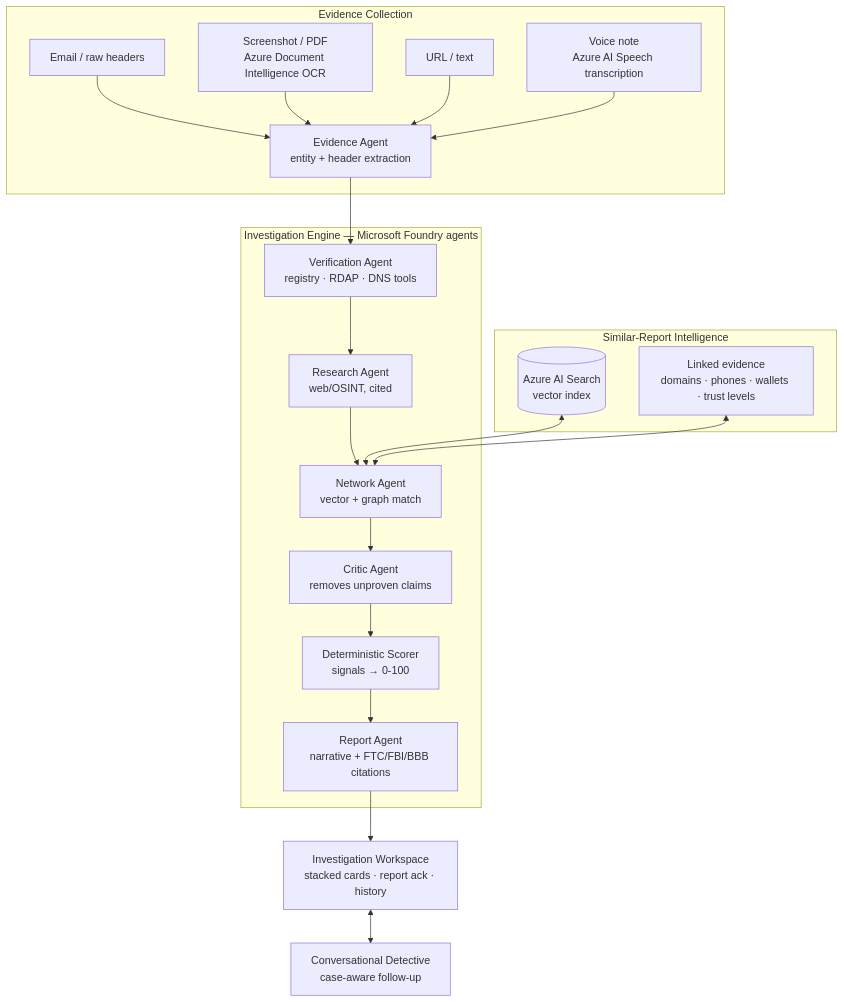
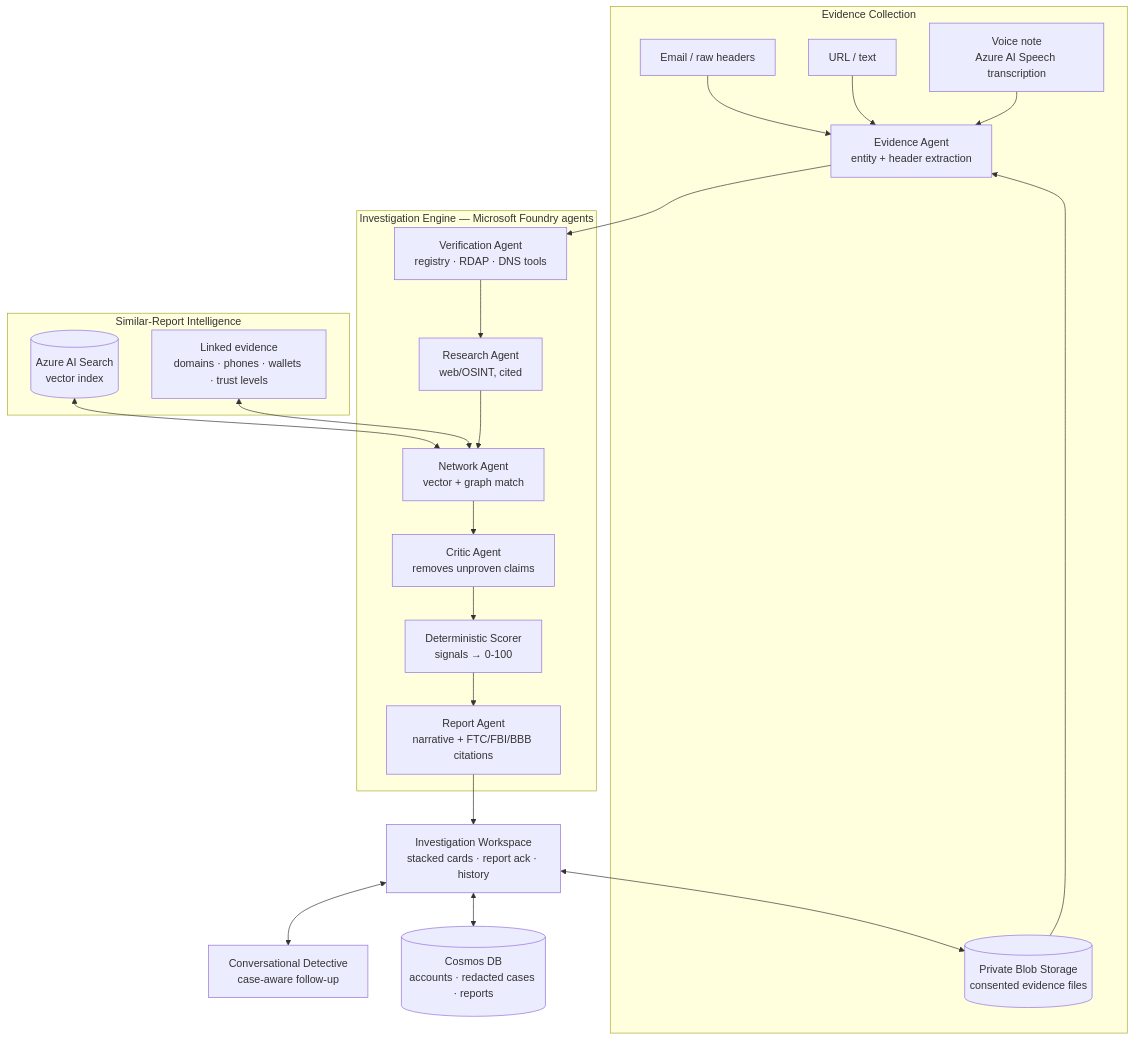
One commit to mrlucas679/verify-my-interview changed the diagram in README.md. Above: the diagram before and after it, drawn with Mermaid. The commit also changed other lines of this file and 32 other files, not shown here.

Commit message:
Document auth, history, and evidence retention settings

````diff
--- a/README.md
+++ b/README.md
@@ -36,24 +37,26 @@
 ```mermaid
 flowchart TB
   subgraph Intake["Evidence Collection"]
     A[Email / raw headers] --> P
     B[Screenshot / PDF<br/>Azure Document Intelligence OCR] --> P
     C[URL / text] --> P
     VN[Voice note<br/>Azure AI Speech transcription] --> P
   end
   P[Evidence Agent<br/>entity + header extraction]
   subgraph Engine["Investigation Engine — Microsoft Foundry agents"]
     P --> V[Verification Agent<br/>registry · RDAP · DNS tools]
     V --> R[Research Agent<br/>web/OSINT, cited]
     R --> N[Network Agent<br/>vector + graph match]
     N --> K[Critic Agent<br/>removes unproven claims]
     K --> S[Deterministic Scorer<br/>signals → 0-100]
     S --> W[Report Agent<br/>narrative + FTC/FBI/BBB citations]
   end
   subgraph Intel["Similar-Report Intelligence"]
     X[(Azure AI Search<br/>vector index)] <--> N
     G[Linked evidence<br/>domains · phones · wallets · trust levels] <--> N
   end
-  W --> UI[Investigation Workspace<br/>stacked cards · report ack · history]
+W --> UI[Investigation Workspace<br/>stacked cards · report ack · history]
   UI <--> D[Conversational Detective<br/>case-aware follow-up]
+  UI <--> H[(Cosmos DB<br/>accounts · redacted cases · reports)]
+  UI <--> B[(Private Blob Storage<br/>consented evidence files)]
 ```
````
